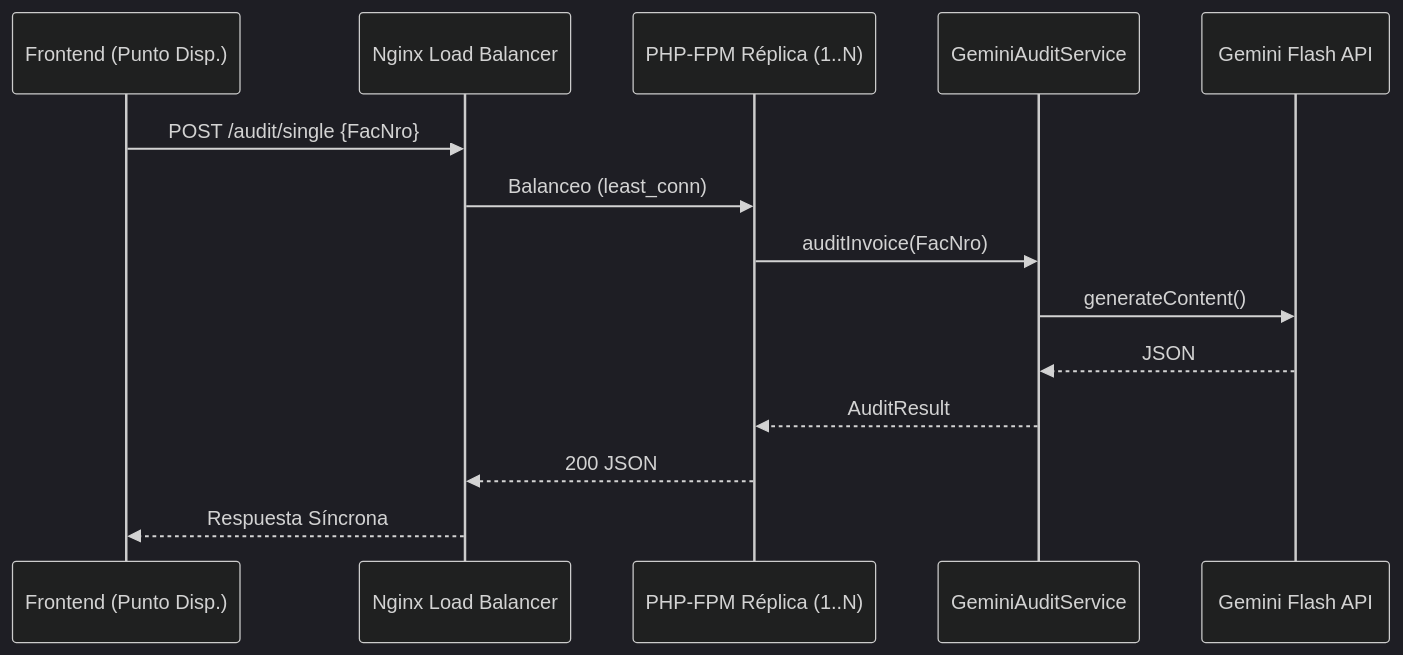
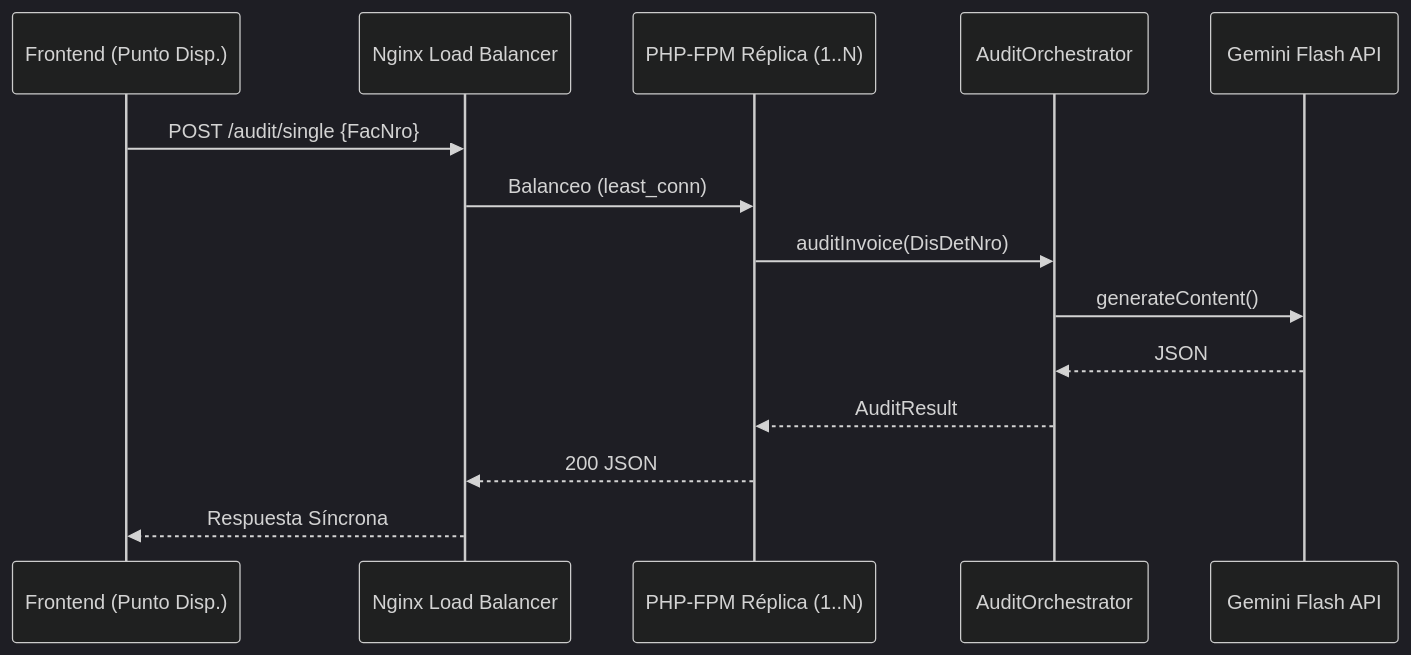
The third of 4 diagrams in plans/data-flows.md (jfrem/AudFact), drawn with Mermaid (dark theme) before and after one commit. The commit also changed other lines of this file and 33 other files, not shown here.

````diff
--- a/plans/data-flows.md
+++ b/plans/data-flows.md
@@ -155,17 +155,17 @@
 ```mermaid
 sequenceDiagram
     participant U as Frontend (Punto Disp.)
     participant N as Nginx Load Balancer
     participant P as PHP-FPM Réplica (1..N)
-    participant GAS as GeminiAuditService
+    participant AO as AuditOrchestrator
     participant G as Gemini Flash API
 
     U->>N: POST /audit/single {FacNro}
     N->>P: Balanceo (least_conn)
-    P->>GAS: auditInvoice(FacNro)
-    GAS->>G: generateContent()
-    G-->>GAS: JSON
-    GAS-->>P: AuditResult
+    P->>AO: auditInvoice(DisDetNro)
+    AO->>G: generateContent()
+    G-->>AO: JSON
+    AO-->>P: AuditResult
     P-->>N: 200 JSON
     N-->>U: Respuesta Síncrona
 ```
````
